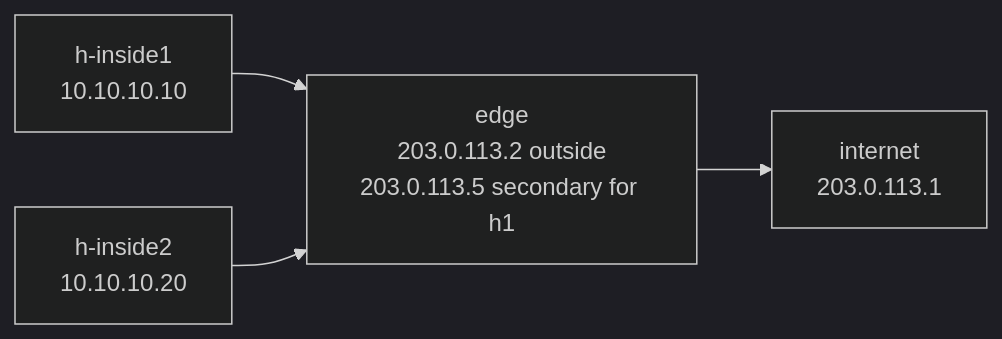
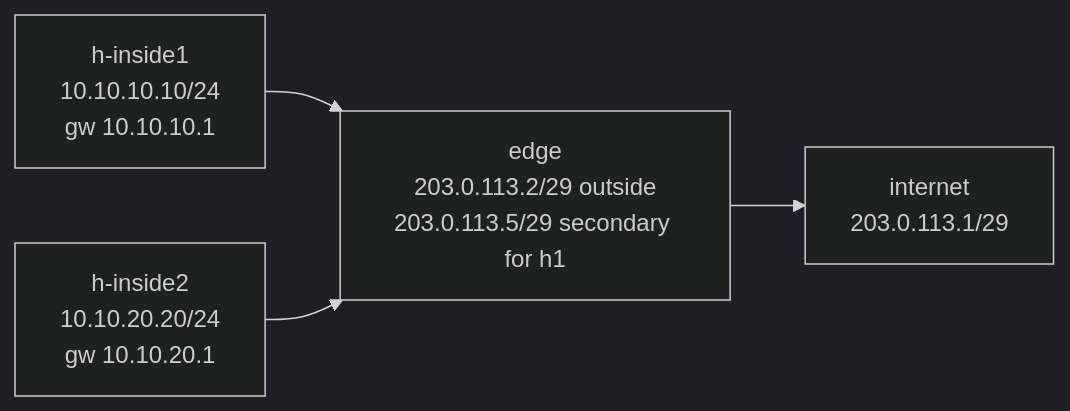
One commit to alukacs03/clauntainerlab changed the diagram in labs/35-nat-in-dc/README.md. Above: the diagram before and after it, drawn with Mermaid (dark theme). The commit also changed other lines of this file and 88 other files, not shown here.

````diff
--- a/labs/35-nat-in-dc/README.md
+++ b/labs/35-nat-in-dc/README.md
@@ -26,6 +26,6 @@
 ```mermaid
 graph LR
-    h1[h-inside1<br/>10.10.10.10] --> edge
-    h2[h-inside2<br/>10.10.10.20] --> edge
-    edge[edge<br/>203.0.113.2 outside<br/>203.0.113.5 secondary for h1] --> internet[internet<br/>203.0.113.1]
+    h1[h-inside1<br/>10.10.10.10/24<br/>gw 10.10.10.1] --> edge
+    h2[h-inside2<br/>10.10.20.20/24<br/>gw 10.10.20.1] --> edge
+    edge[edge<br/>203.0.113.2/29 outside<br/>203.0.113.5/29 secondary for h1] --> internet[internet<br/>203.0.113.1/29]
 ```
````
